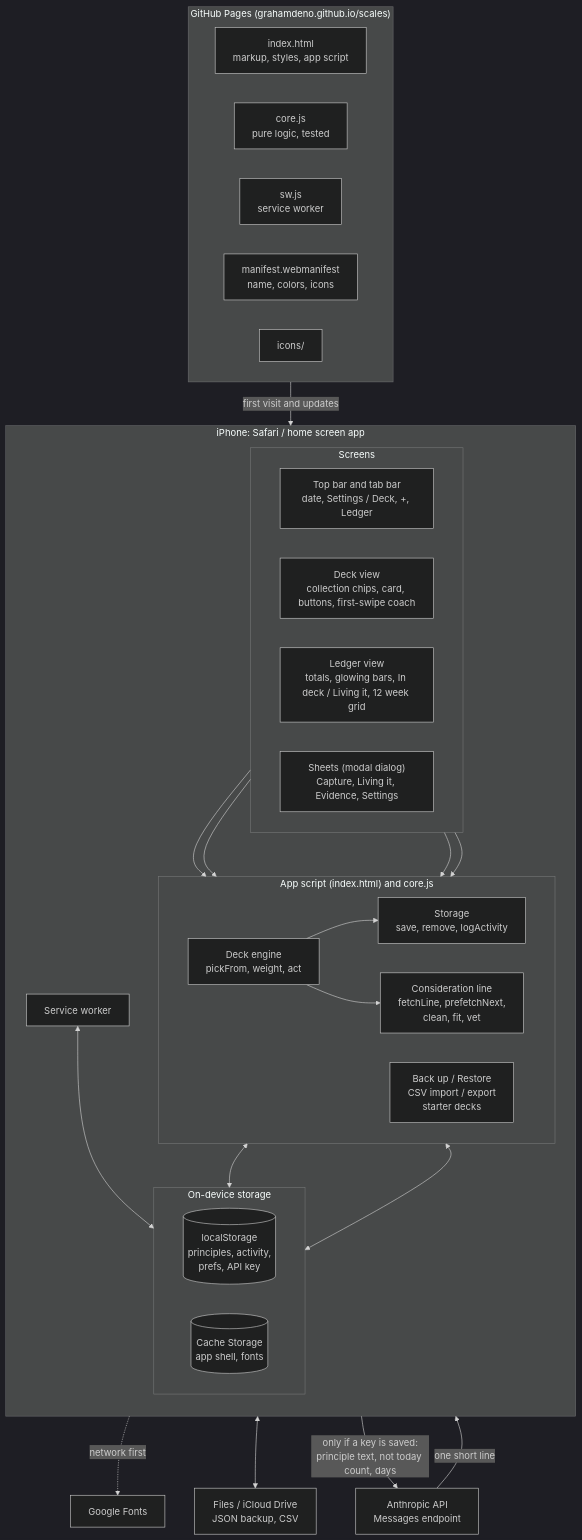
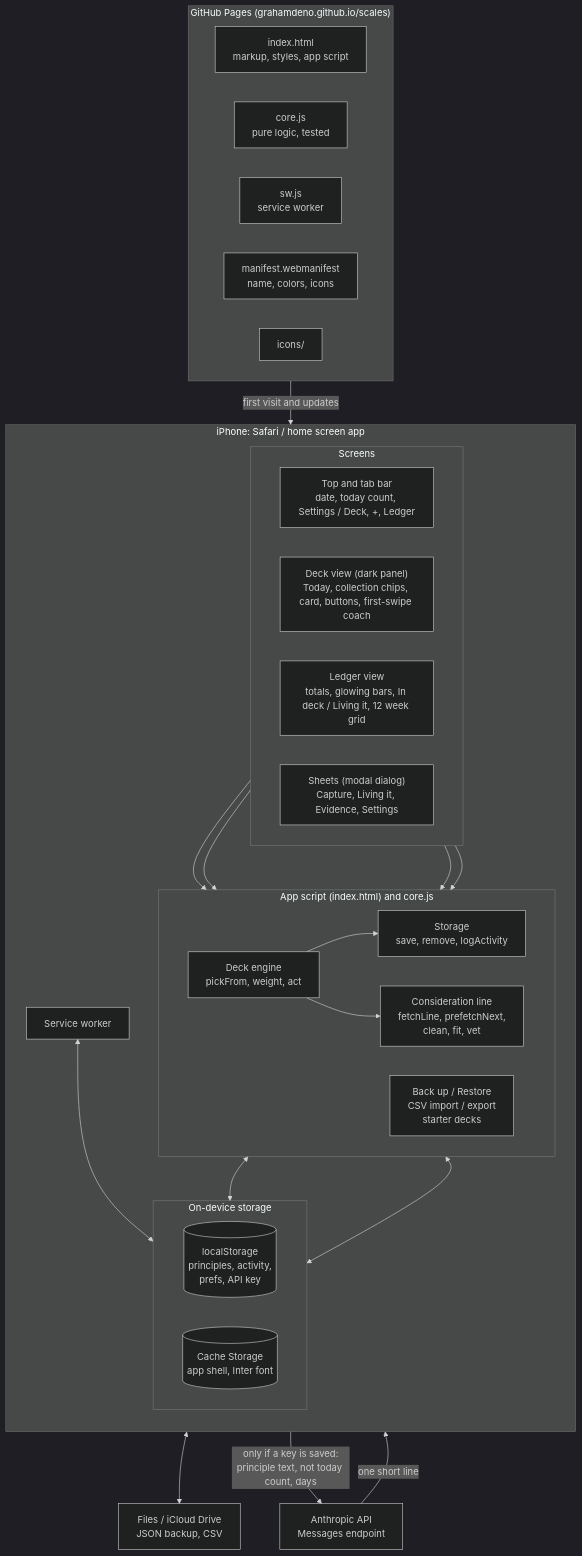
Before and after one commit to grahamdeno/scales: the first of 3 diagrams in docs/ARCHITECTURE.md, drawn with Mermaid (dark theme). The commit also changed other lines of this file and 11 other files, not shown here.

First line of the commit message:
Release 1.28.0: light top over a dark panel, one radius scale, Inter throughout

````diff
--- a/docs/ARCHITECTURE.md
+++ b/docs/ARCHITECTURE.md
@@ -16,59 +16,57 @@
 ```mermaid
 flowchart TB
     subgraph host["GitHub Pages (grahamdeno.github.io/scales)"]
         direction LR
         html["index.html<br/>markup, styles, app script"]
         corefile["core.js<br/>pure logic, tested"]
         swfile["sw.js<br/>service worker"]
         mani["manifest.webmanifest<br/>name, colors, icons"]
         icons["icons/"]
     end
 
     subgraph phone["iPhone: Safari / home screen app"]
         direction TB
 
         subgraph ui["Screens"]
             direction LR
-            header["Top bar and tab bar<br/>date, Settings / Deck, +, Ledger"]
-            deck["Deck view<br/>collection chips, card, buttons, first-swipe coach"]
+            header["Top and tab bar<br/>date, today count, Settings / Deck, +, Ledger"]
+            deck["Deck view (dark panel)<br/>Today, collection chips, card, buttons, first-swipe coach"]
             ledger["Ledger view<br/>totals, glowing bars, In deck / Living it, 12 week grid"]
             sheets["Sheets (modal dialog)<br/>Capture, Living it, Evidence, Settings"]
         end
 
         subgraph logic["App script (index.html) and core.js"]
             direction LR
             engine["Deck engine<br/>pickFrom, weight, act"]
             line["Consideration line<br/>fetchLine, prefetchNext,<br/>clean, fit, vet"]
             store["Storage<br/>save, remove, logActivity"]
             io["Back up / Restore<br/>CSV import / export<br/>starter decks"]
         end
 
         subgraph device["On-device storage"]
             direction LR
             ls[("localStorage<br/>principles, activity,<br/>prefs, API key")]
-            cache[("Cache Storage<br/>app shell, fonts")]
+            cache[("Cache Storage<br/>app shell, Inter font")]
         end
 
         sw["Service worker"]
     end
 
-    fonts["Google Fonts"]
     api["Anthropic API<br/>Messages endpoint"]
     files["Files / iCloud Drive<br/>JSON backup, CSV"]
 
     host -- "first visit and updates" --> sw
     sw <--> cache
-    sw -.->|network first| fonts
 
     deck --> engine
     sheets --> engine
     sheets --> io
     engine --> store
     engine --> line
     ledger --> store
     store <--> ls
     io <--> ls
     io <--> files
     line -- "only if a key is saved:<br/>principle text, not today count, days" --> api
     api -- "one short line" --> line
 ```
````
